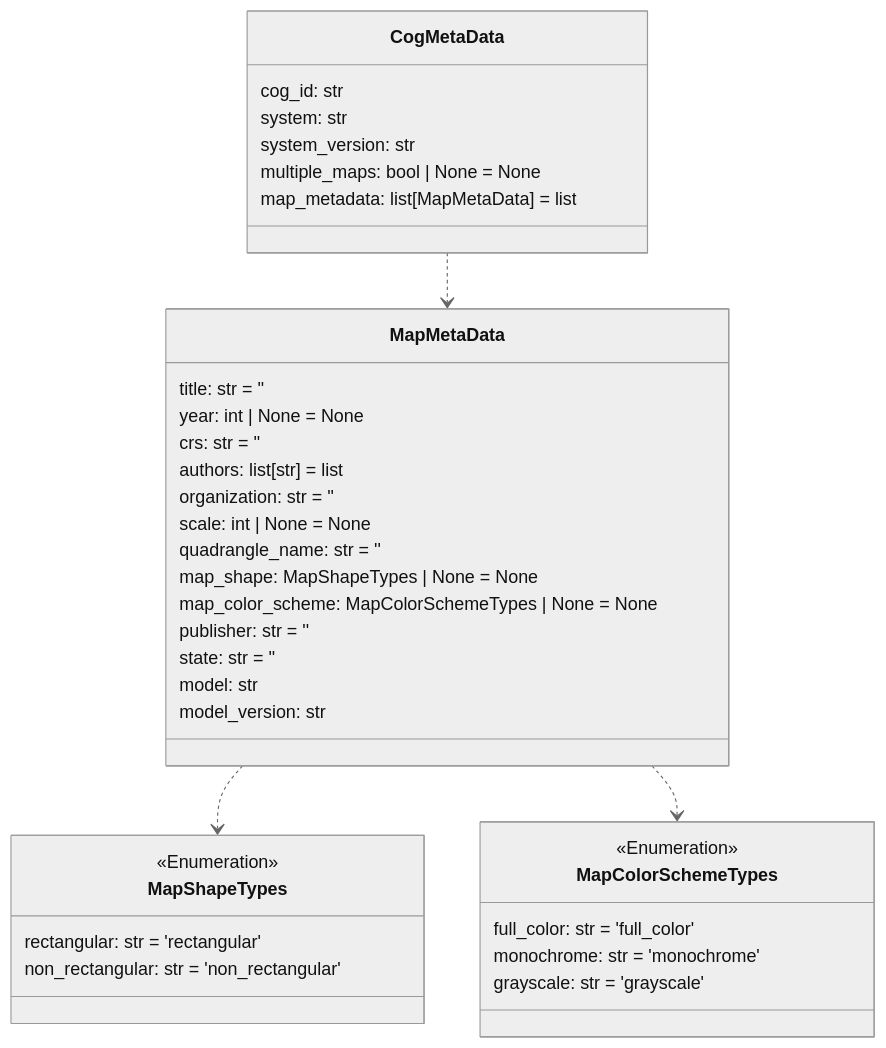
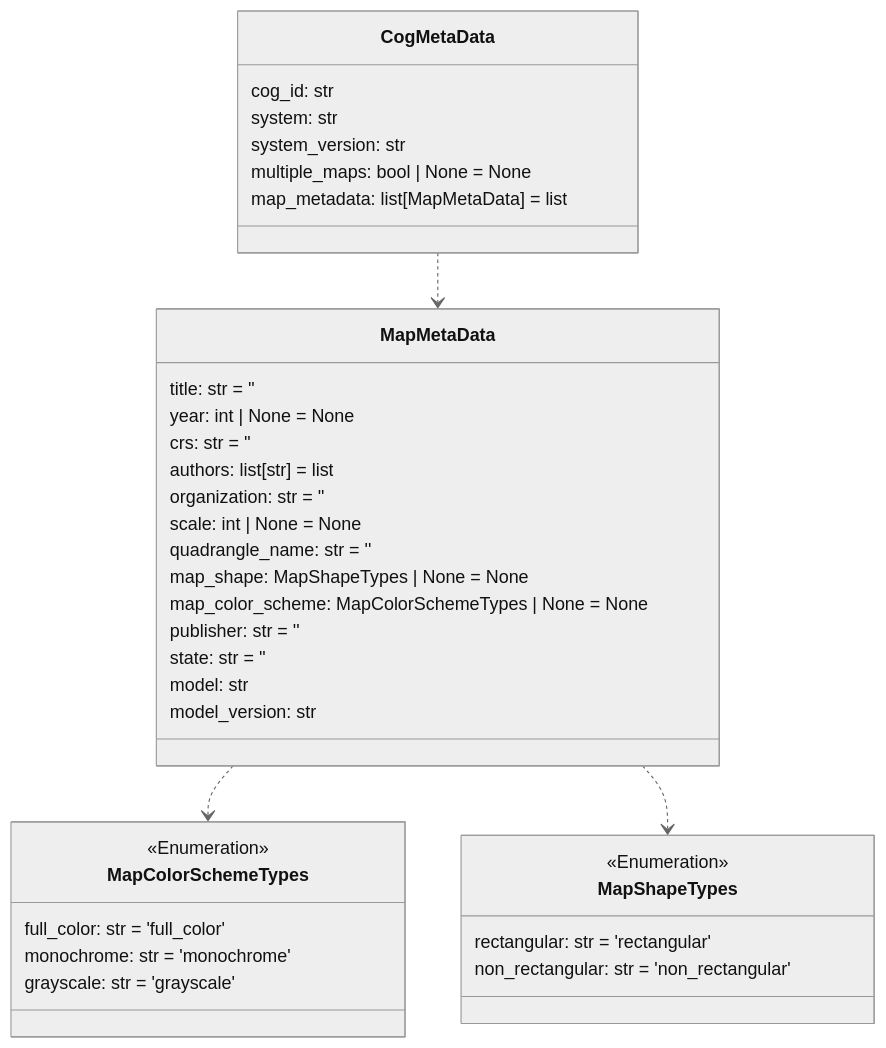
One commit to DARPA-CRITICALMAAS/cdr_schemas changed the eighth of 14 diagrams in README.md. Above: the diagram before and after it, drawn with Mermaid (neutral theme). The commit also changed other lines of this file and 2 other files, not shown here.

````diff
--- a/README.md
+++ b/README.md
@@ -641,46 +641,46 @@
 ```mermaid
 classDiagram
 
     class CogMetaData {
         cog_id: str
         system: str
         system_version: str
         multiple_maps: bool | None = None
         map_metadata: list[MapMetaData] = list
     }
 
-    class MapShapeTypes {
-        <<Enumeration>>
-        rectangular: str = 'rectangular'
-        non_rectangular: str = 'non_rectangular'
-    }
-
     class MapColorSchemeTypes {
         <<Enumeration>>
         full_color: str = 'full_color'
         monochrome: str = 'monochrome'
         grayscale: str = 'grayscale'
+    }
+
+    class MapShapeTypes {
+        <<Enumeration>>
+        rectangular: str = 'rectangular'
+        non_rectangular: str = 'non_rectangular'
     }
 
     class MapMetaData {
         title: str = ''
         year: int | None = None
         crs: str = ''
         authors: list[str] = list
         organization: str = ''
         scale: int | None = None
         quadrangle_name: str = ''
         map_shape: MapShapeTypes | None = None
         map_color_scheme: MapColorSchemeTypes | None = None
         publisher: str = ''
         state: str = ''
         model: str
         model_version: str
     }
 
+    MapMetaData ..> MapColorSchemeTypes
     MapMetaData ..> MapShapeTypes
-    MapMetaData ..> MapColorSchemeTypes
     CogMetaData ..> MapMetaData
 
 
 ```
````
